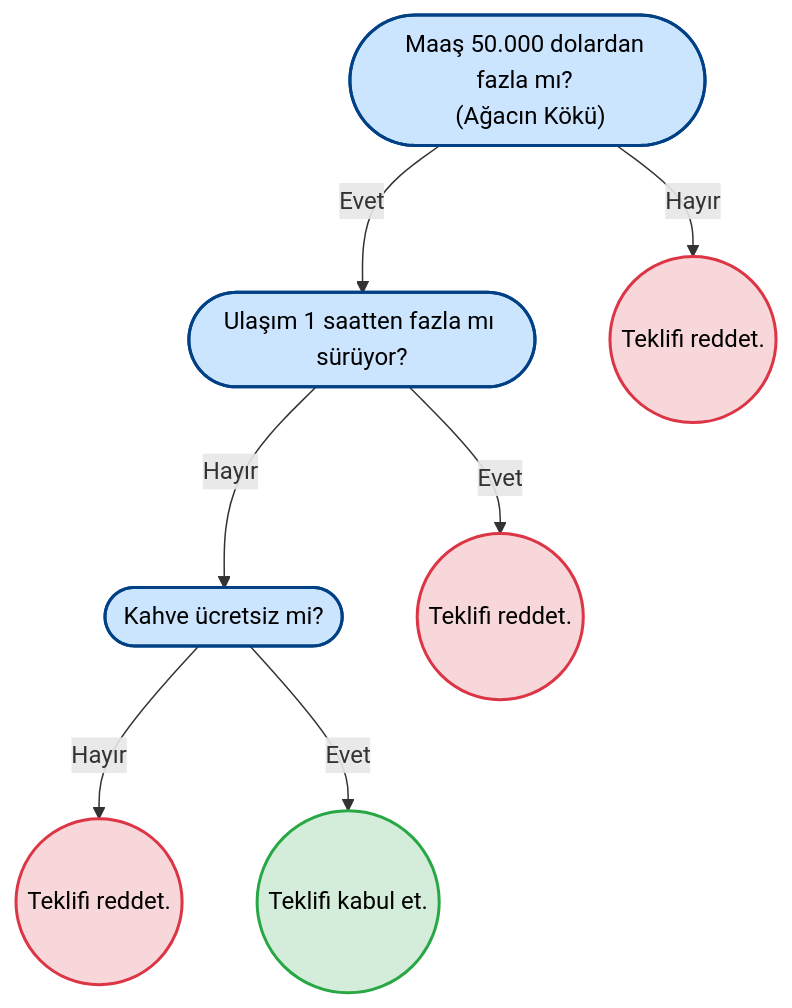
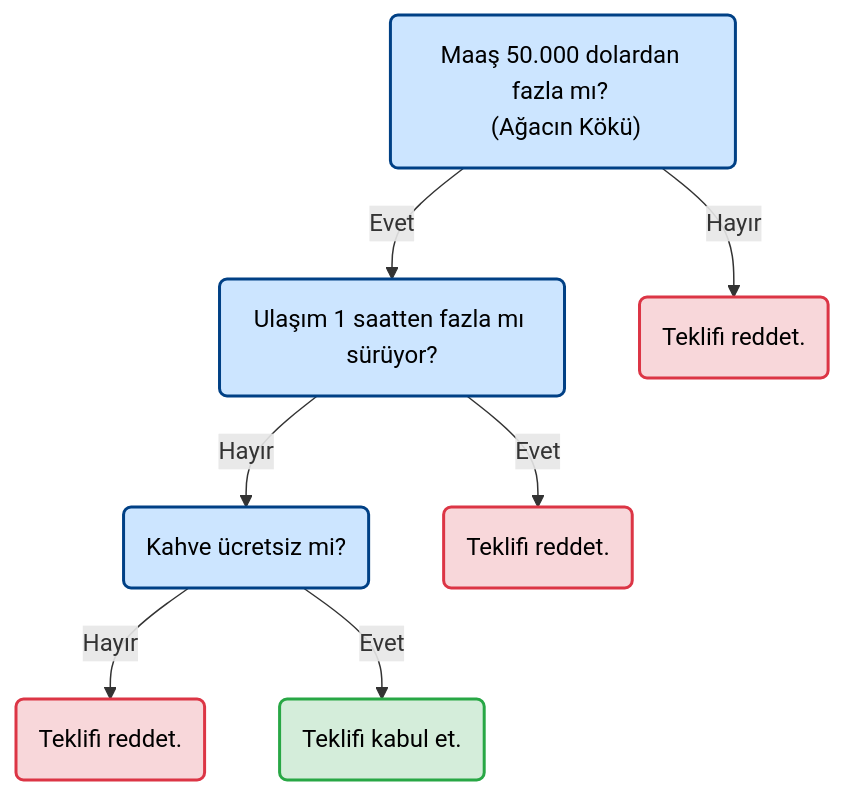
Before and after one commit to meto-data/noetic-logos: the third of 4 diagrams in content/1-ders-notlari/2-sinif/2-2-bahar/veri-madenciligi/Teorik Notlar/veri-madenciligi-4.md, drawn with Mermaid. The commit also changed other lines of this file, not shown here.

````diff
--- a/content/1-ders-notlari/2-sinif/2-2-bahar/veri-madenciligi/Teorik Notlar/veri-madenciligi-4.md
+++ b/content/1-ders-notlari/2-sinif/2-2-bahar/veri-madenciligi/Teorik Notlar/veri-madenciligi-4.md
@@ -195,35 +184,29 @@
 ```mermaid
-flowchart TD
+graph TD
 
-    %% Kök Düğüm
-    A(["Maaş 50.000 dolardan fazla mı? <br> (Ağacın Kökü)"])
-    
-    %% İç Düğümler
-    B(["Ulaşım 1 saatten fazla mı sürüyor?"])
-    C(["Kahve ücretsiz mi?"])
+A("Maaş 50.000 dolardan fazla mı? <br> (Ağacın Kökü)")
+B("Ulaşım 1 saatten fazla mı sürüyor?")
+C("Kahve ücretsiz mi?")
 
-    %% Yapraklar (Tahmin/Karar)
-    L1(("Teklifi reddet."))
-    L2(("Teklifi reddet."))
-    L3(("Teklifi reddet."))
-    L4(("Teklifi kabul et."))
+L1("Teklifi reddet.")
+L2("Teklifi reddet.")
+L3("Teklifi reddet.")
+L4("Teklifi kabul et.")
 
-    %% Bağlantılar (Edge'ler / Dallanmalar)
-    A -->|"Evet"| B
-    A -->|"Hayır"| L1
+A -->|"Evet"| B
+A -->|"Hayır"| L1
 
-    B -->|"Hayır"| C
-    B -->|"Evet"| L2
+B -->|"Hayır"| C
+B -->|"Evet"| L2
 
-    C -->|"Hayır"| L3
-    C -->|"Evet"| L4
+C -->|"Hayır"| L3
+C -->|"Evet"| L4
 
-    %% Obsidian Uyumlu Renklendirmeler ve Stiller
-    style A fill:#cce5ff,stroke:#004085,stroke-width:2px,color:#000000
-    style B fill:#cce5ff,stroke:#004085,stroke-width:2px,color:#000000
-    style C fill:#cce5ff,stroke:#004085,stroke-width:2px,color:#000000
-    style L1 fill:#f8d7da,stroke:#dc3545,stroke-width:2px,color:#000000
-    style L2 fill:#f8d7da,stroke:#dc3545,stroke-width:2px,color:#000000
-    style L3 fill:#f8d7da,stroke:#dc3545,stroke-width:2px,color:#000000
-    style L4 fill:#d4edda,stroke:#28a745,stroke-width:2px,color:#000000
+style A fill:#cce5ff,stroke:#004085,stroke-width:2px,color:#000000
+style B fill:#cce5ff,stroke:#004085,stroke-width:2px,color:#000000
+style C fill:#cce5ff,stroke:#004085,stroke-width:2px,color:#000000
+style L1 fill:#f8d7da,stroke:#dc3545,stroke-width:2px,color:#000000
+style L2 fill:#f8d7da,stroke:#dc3545,stroke-width:2px,color:#000000
+style L3 fill:#f8d7da,stroke:#dc3545,stroke-width:2px,color:#000000
+style L4 fill:#d4edda,stroke:#28a745,stroke-width:2px,color:#000000
 ```    
````
